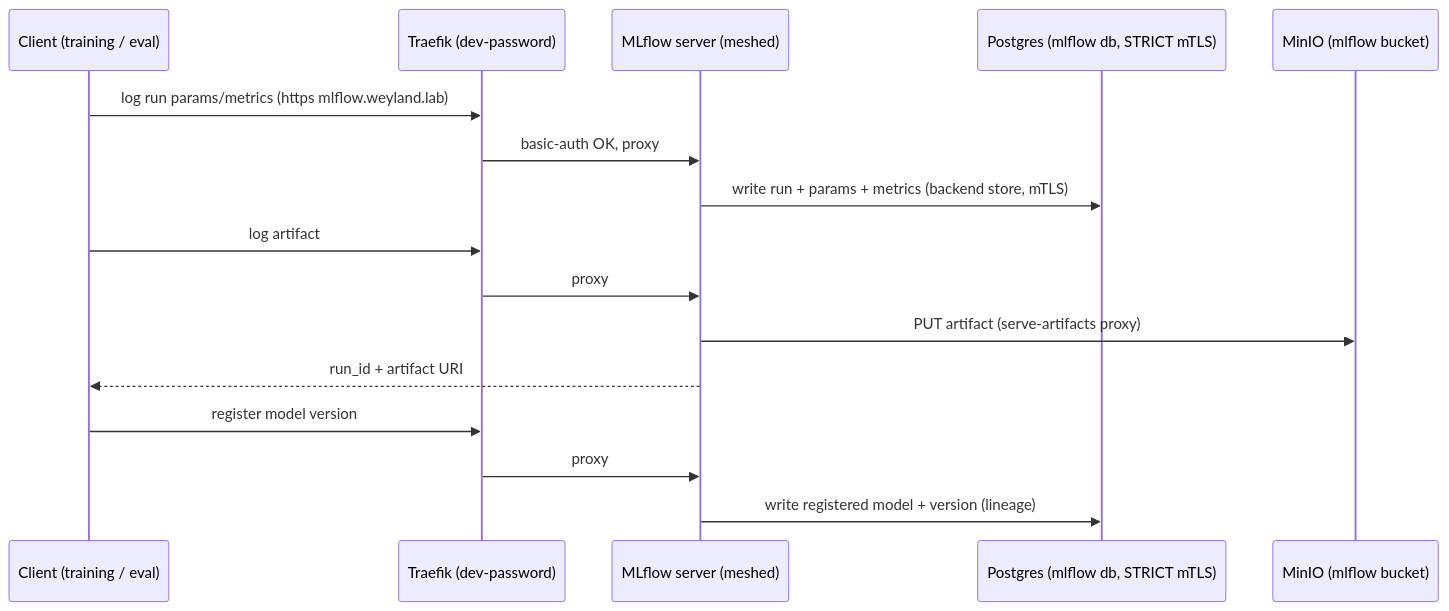
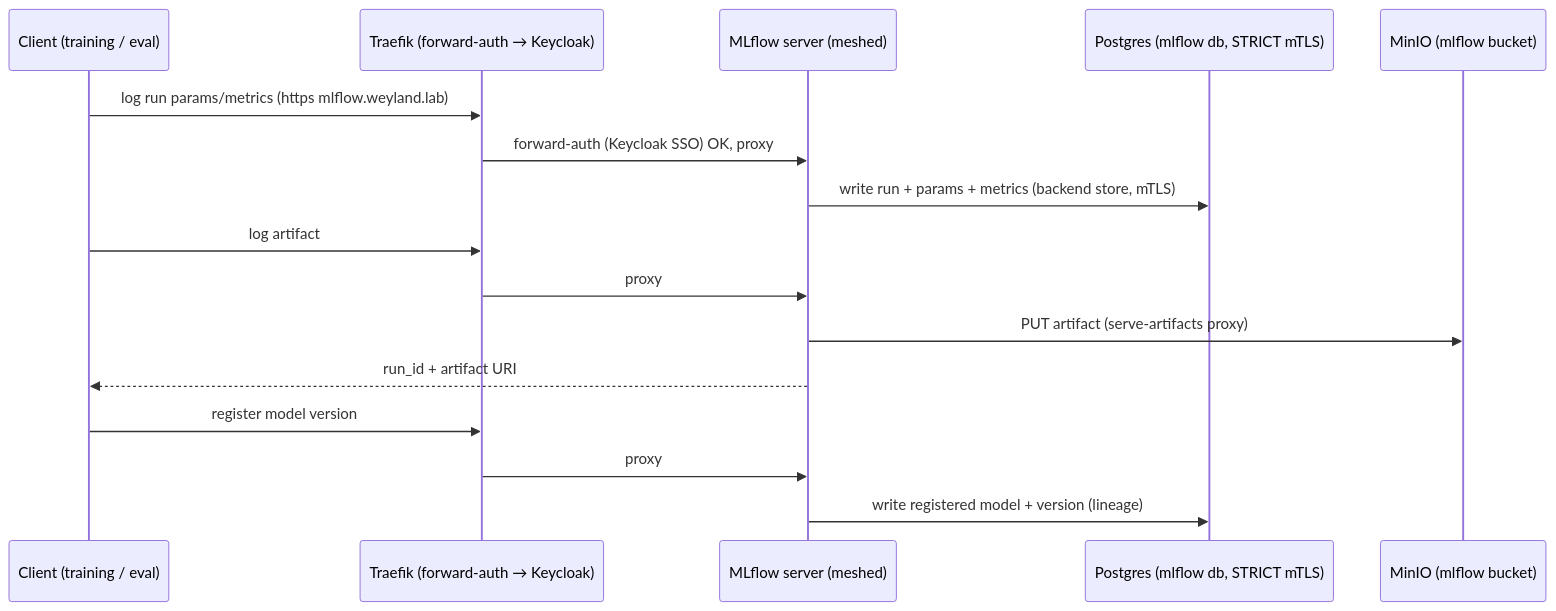
The diagram in docs/diagrams/flow-mlflow.md (edtbl76/weyland-lab), drawn with Mermaid before and after one commit. The commit also changed other lines of this file and 6 other files, not shown here.

Commit message:
Replaced dev-password middleware with Keycloak SSO via Traefik forward-auth across MLflow, Kiali, SonarQube, Uptime Kuma, and other services. Updated diagrams, runbooks, and Ingress configurations to reflect the authentication changes.

````diff
--- a/docs/diagrams/flow-mlflow.md
+++ b/docs/diagrams/flow-mlflow.md
@@ -9,18 +10,18 @@
 ```mermaid
 sequenceDiagram
     participant Cl as Client (training / eval)
-    participant TR as Traefik (dev-password)
+    participant TR as Traefik (forward-auth → Keycloak)
     participant ML as MLflow server (meshed)
     participant PG as Postgres (mlflow db, STRICT mTLS)
     participant S3 as MinIO (mlflow bucket)
     Cl->>TR: log run params/metrics (https mlflow.weyland.lab)
-    TR->>ML: basic-auth OK, proxy
+    TR->>ML: forward-auth (Keycloak SSO) OK, proxy
     ML->>PG: write run + params + metrics (backend store, mTLS)
     Cl->>TR: log artifact
     TR->>ML: proxy
     ML->>S3: PUT artifact (serve-artifacts proxy)
     ML-->>Cl: run_id + artifact URI
     Cl->>TR: register model version
     TR->>ML: proxy
     ML->>PG: write registered model + version (lineage)
 ```
````
